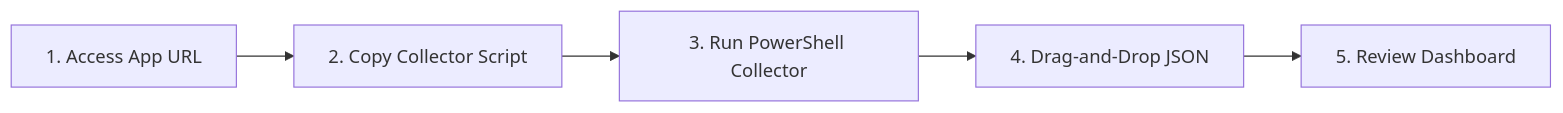
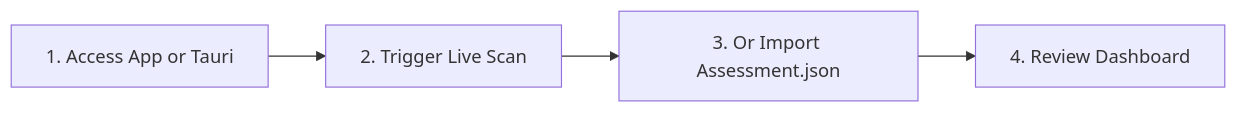
Before and after one commit to rjmad1/1_Sentinel: the diagram in docs/GettingStarted.md, drawn with Mermaid. The commit also changed other lines of this file and 22 other files, not shown here.

````diff
--- a/docs/GettingStarted.md
+++ b/docs/GettingStarted.md
@@ -9,7 +9,6 @@
 ```mermaid
 graph LR
-    Step1[1. Access App URL] --> Step2[2. Copy Collector Script]
-    Step2 --> Step3[3. Run PowerShell Collector]
-    Step3 --> Step4[4. Drag-and-Drop JSON]
-    Step4 --> Step5[5. Review Dashboard]
+    Step1[1. Access App or Tauri] --> Step2[2. Trigger Live Scan]
+    Step2 --> Step3[3. Or Import Assessment.json]
+    Step3 --> Step4[4. Review Dashboard]
 ```
````
